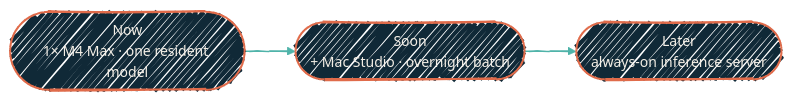
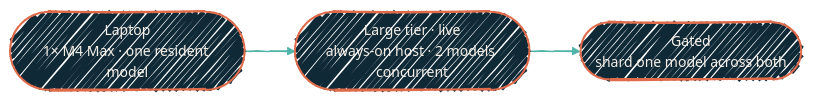
The diagram in local-llm/overview.mdx (dryvist/docs), drawn with Mermaid before and after one commit. The commit also changed other lines of this file and 7 other files, not shown here.

````diff
--- a/local-llm/overview.mdx
+++ b/local-llm/overview.mdx
@@ -34,14 +34,14 @@
 ```mermaid
 %%{init: {'theme':'base','look':'handDrawn','themeVariables':{'fontFamily':'Geist','fontSize':'14px','primaryColor':'#102937','primaryTextColor':'#F4EFE6','primaryBorderColor':'#4FB3A9','lineColor':'#4FB3A9','secondaryColor':'#0B1D2A','tertiaryColor':'#1A2A38','clusterBkg':'rgba(79,179,169,0.08)','clusterBorder':'#4FB3A9'}}}%%
 flowchart LR
-  Now([Now<br/>1× M4 Max · one resident model])
-  Soon([Soon<br/>+ Mac Studio · overnight batch])
-  Later([Later<br/>always-on inference server])
+  Laptop([Laptop<br/>1× M4 Max · one resident model])
+  Large([Large tier · live<br/>always-on host · 2 models concurrent])
+  Shard([Gated<br/>shard one model across both])
 
-  Now --> Soon --> Later
+  Laptop --> Large --> Shard
 
   classDef ai fill:#102937,stroke:#E06B4A,stroke-width:2px,color:#F4EFE6;
-  class Now,Soon,Later ai
+  class Laptop,Large,Shard ai
 
   linkStyle default stroke:#4FB3A9,stroke-width:1.5px;
 ```
````
